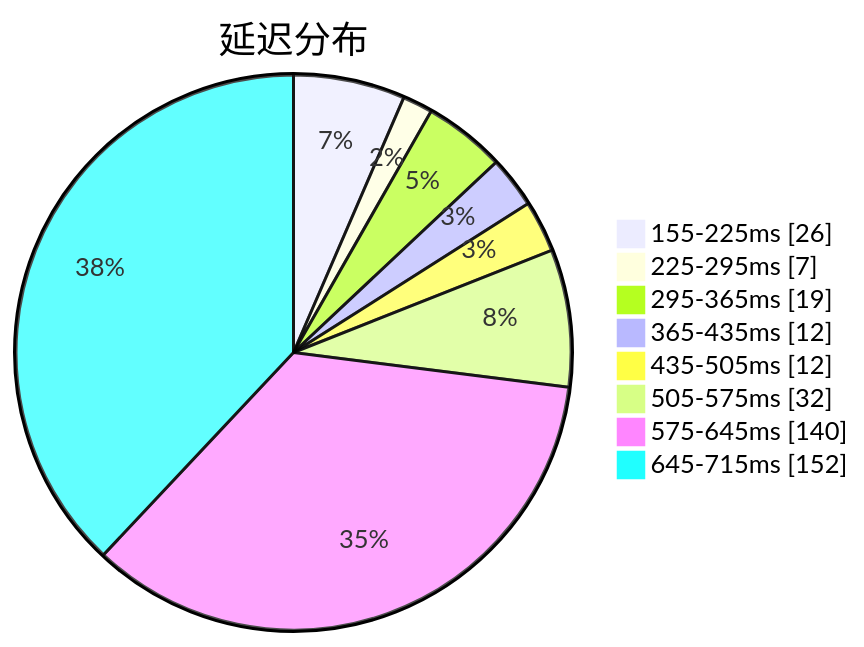
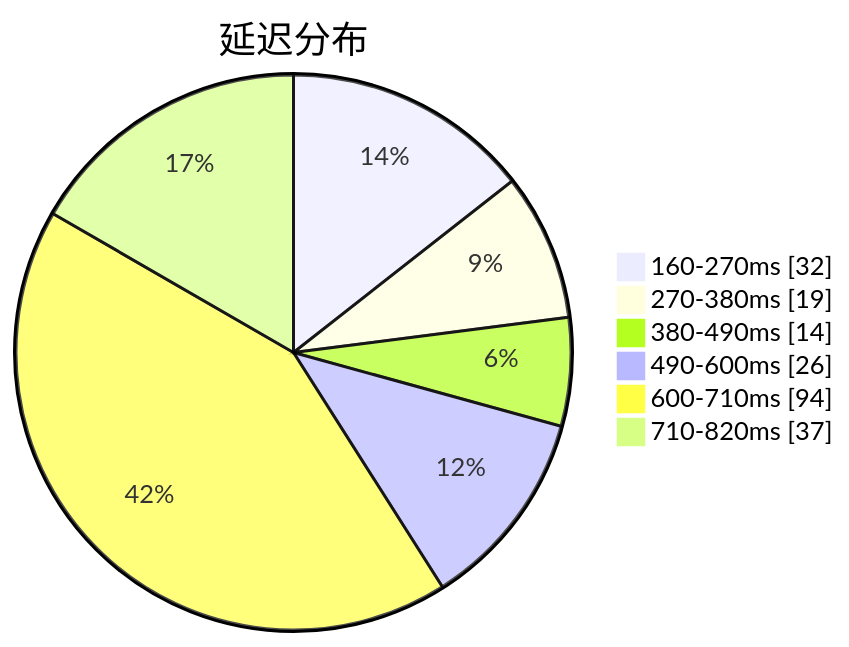
The first of 3 diagrams in subs/statistics/tested_within.md (qjlxg/airport), drawn with Mermaid before and after one commit. The commit also changed other lines of this file and 2 other files, not shown here.

Commit message:
Tested by metaST

````diff
--- a/subs/statistics/tested_within.md
+++ b/subs/statistics/tested_within.md
@@ -2,12 +2,10 @@
 ```mermaid
 pie showData
 title 延迟分布
-"155-225ms" : 26
-"225-295ms" : 7
-"295-365ms" : 19
-"365-435ms" : 12
-"435-505ms" : 12
-"505-575ms" : 32
-"575-645ms" : 140
-"645-715ms" : 152
+"160-270ms" : 32
+"270-380ms" : 19
+"380-490ms" : 14
+"490-600ms" : 26
+"600-710ms" : 94
+"710-820ms" : 37
 ```
````
